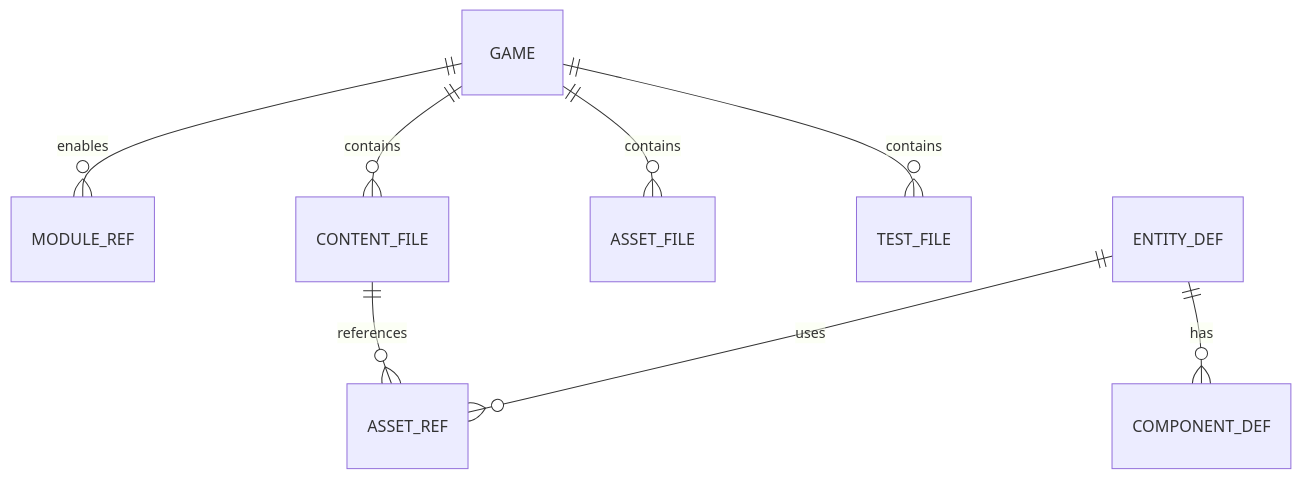
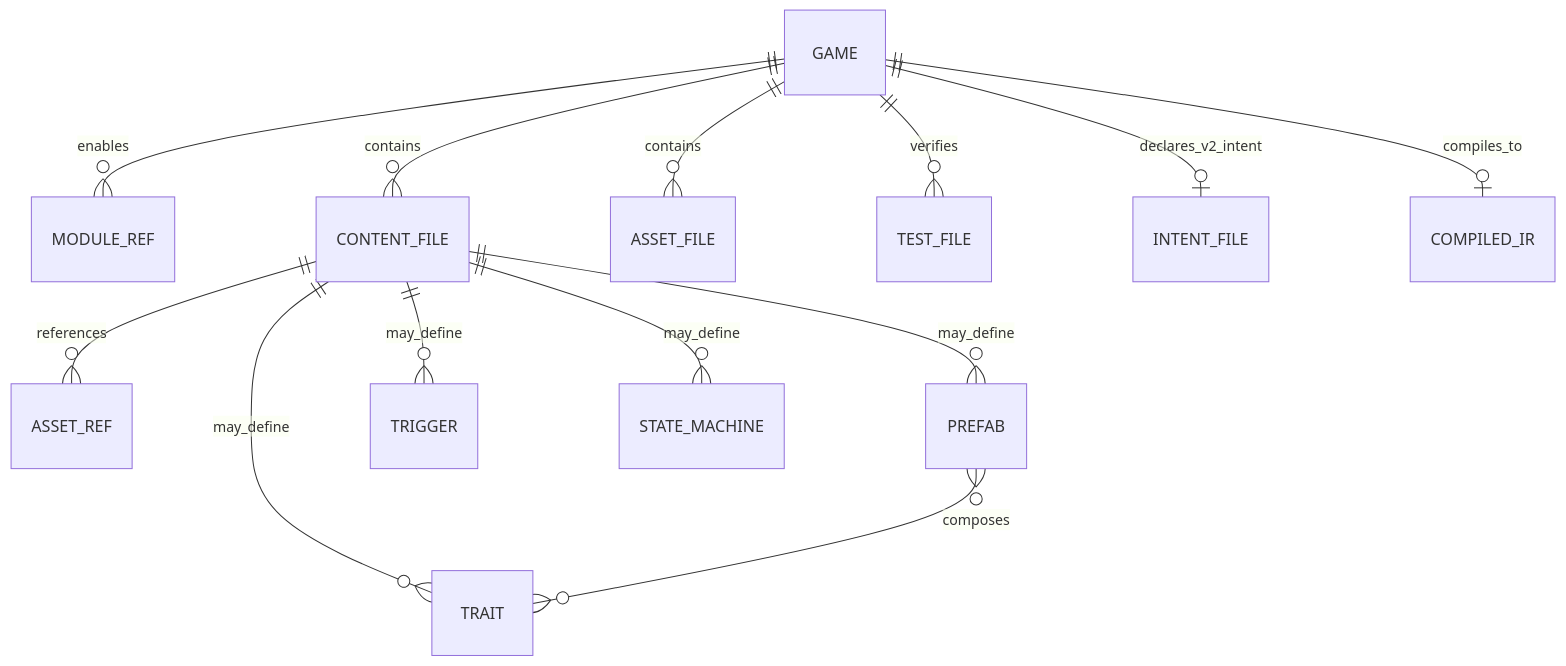
Before and after one commit to 7etsuo/anvil: the diagram in anvil/docs/design/06_DATA_MODEL.md, drawn with Mermaid. The commit also changed other lines of this file and 84 other files, not shown here.

````diff
--- a/anvil/docs/design/06_DATA_MODEL.md
+++ b/anvil/docs/design/06_DATA_MODEL.md
@@ -5,10 +9,15 @@
 ```mermaid
 erDiagram
   GAME ||--o{ MODULE_REF : enables
   GAME ||--o{ CONTENT_FILE : contains
   GAME ||--o{ ASSET_FILE : contains
-  GAME ||--o{ TEST_FILE : contains
+  GAME ||--o{ TEST_FILE : verifies
+  GAME ||--o| INTENT_FILE : declares_v2_intent
   CONTENT_FILE ||--o{ ASSET_REF : references
-  ENTITY_DEF ||--o{ COMPONENT_DEF : has
-  ENTITY_DEF ||--o{ ASSET_REF : uses
+  CONTENT_FILE ||--o{ TRAIT : may_define
+  CONTENT_FILE ||--o{ PREFAB : may_define
+  CONTENT_FILE ||--o{ TRIGGER : may_define
+  CONTENT_FILE ||--o{ STATE_MACHINE : may_define
+  PREFAB }o--o{ TRAIT : composes
+  GAME ||--o| COMPILED_IR : compiles_to
 ```
````
